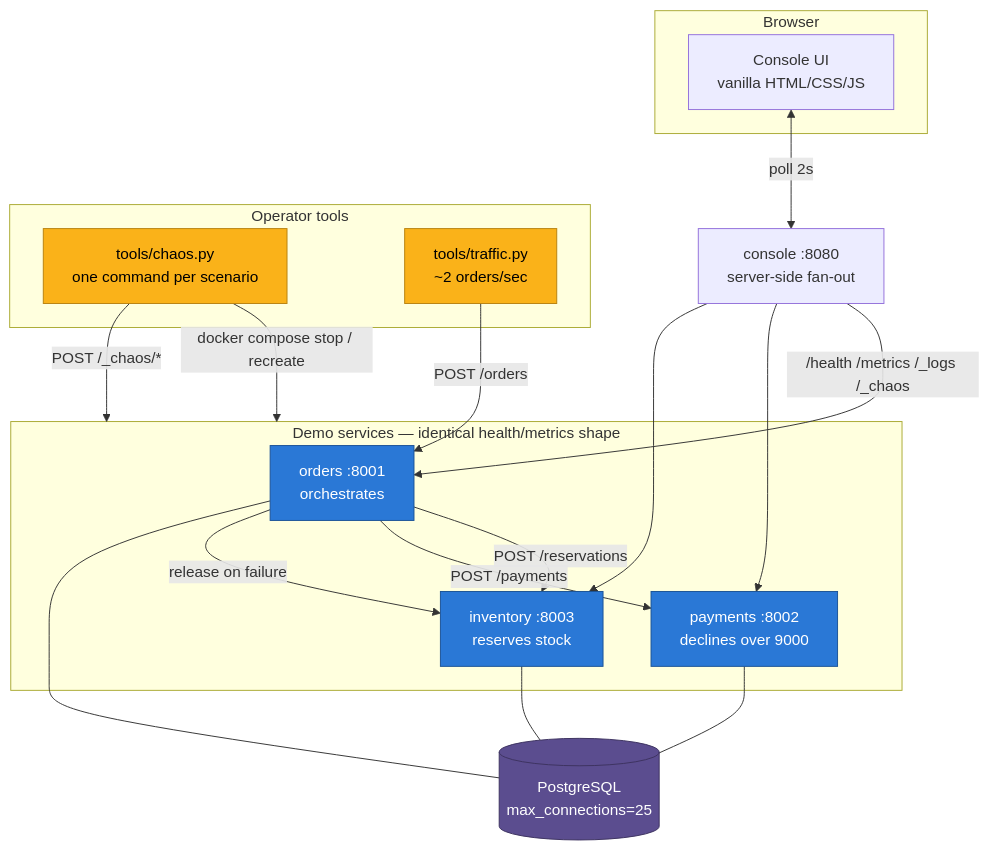
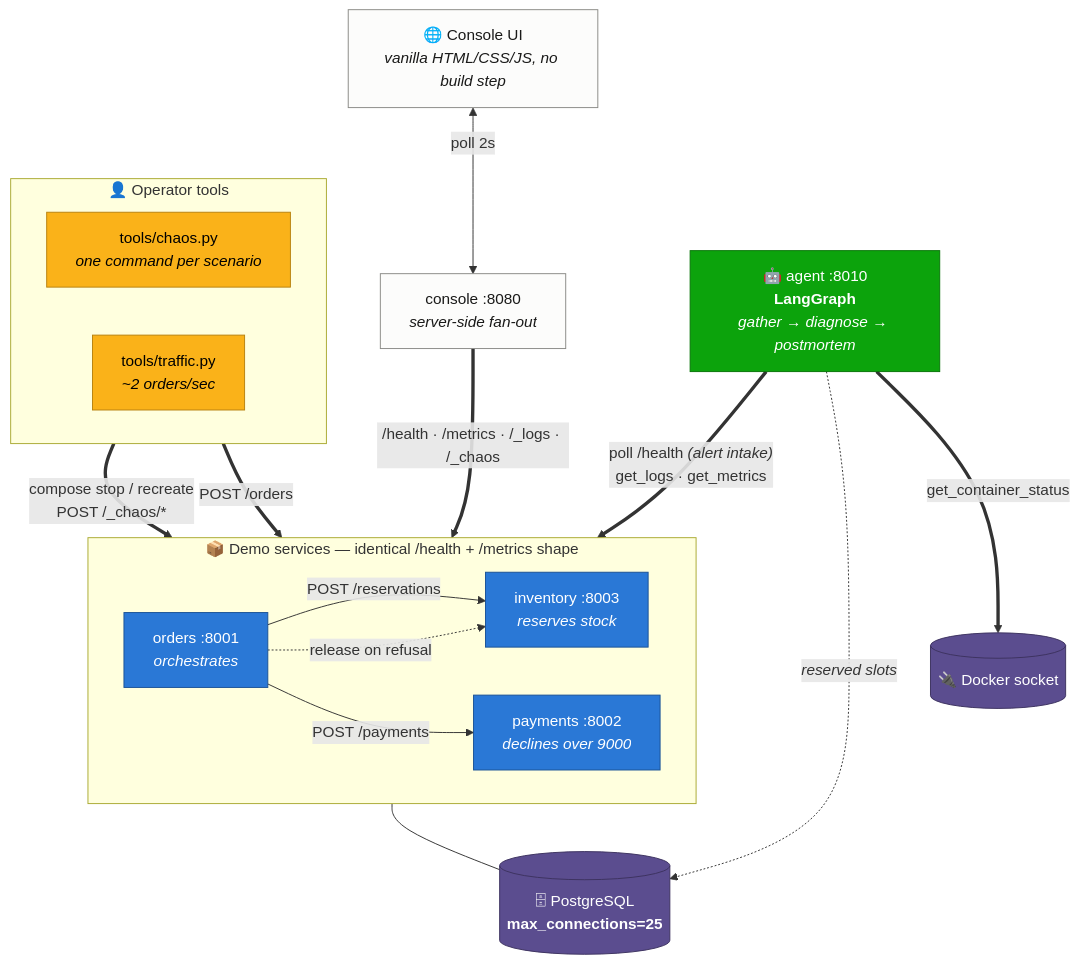
Before and after one commit to Katastrophe123/Trident---An-AIOps-Project: the first of 2 diagrams in README.md, drawn with Mermaid. The commit also changed other lines of this file and 25 other files, not shown here.

````diff
--- a/README.md
+++ b/README.md
@@ -36,45 +111,47 @@
 ```mermaid
 graph TB
-    subgraph operator["Operator tools"]
-        CHAOS["tools/chaos.py<br/>one command per scenario"]
-        TRAFFIC["tools/traffic.py<br/>~2 orders/sec"]
+    UI["🌐 Console UI<br/><i>vanilla HTML/CSS/JS, no build step</i>"]
+    CONSOLE["console :8080<br/><i>server-side fan-out</i>"]
+    AGENT["🤖 agent :8010<br/><b>LangGraph</b><br/><i>gather → diagnose → postmortem</i>"]
+
+    subgraph svcs["📦 Demo services — identical /health + /metrics shape"]
+        direction LR
+        ORDERS["orders :8001<br/><i>orchestrates</i>"]
+        PAY["payments :8002<br/><i>declines over 9000</i>"]
+        INV["inventory :8003<br/><i>reserves stock</i>"]
+        ORDERS -->|"POST /reservations"| INV
+        ORDERS -->|"POST /payments"| PAY
+        ORDERS -.->|"release on refusal"| INV
     end
 
-    subgraph browser["Browser"]
-        UI["Console UI<br/>vanilla HTML/CSS/JS"]
+    subgraph operator["👤 Operator tools"]
+        direction LR
+        CHAOS["tools/chaos.py<br/><i>one command per scenario</i>"]
+        TRAFFIC["tools/traffic.py<br/><i>~2 orders/sec</i>"]
     end
 
-    CONSOLE["console :8080<br/>server-side fan-out"]
-
-    subgraph svcs["Demo services — identical health/metrics shape"]
-        ORDERS["orders :8001<br/>orchestrates"]
-        PAY["payments :8002<br/>declines over 9000"]
-        INV["inventory :8003<br/>reserves stock"]
-    end
-
-    DB[("PostgreSQL<br/>max_connections=25")]
-
-    TRAFFIC -->|"POST /orders"| ORDERS
-    ORDERS -->|"POST /reservations"| INV
-    ORDERS -->|"POST /payments"| PAY
-    ORDERS -->|"release on failure"| INV
-
-    ORDERS --- DB
-    PAY --- DB
-    INV --- DB
+    DB[("🗄 PostgreSQL<br/><b>max_connections=25</b>")]
+    SOCK[("🔌 Docker socket")]
 
     UI <-->|"poll 2s"| CONSOLE
-    CONSOLE -->|"/health /metrics /_logs /_chaos"| ORDERS
-    CONSOLE --> PAY
-    CONSOLE --> INV
+    CONSOLE ==>|"/health · /metrics · /_logs · /_chaos"| svcs
+    TRAFFIC ==>|"POST /orders"| ORDERS
+    CHAOS ==>|"compose stop / recreate<br/>POST /_chaos/*"| svcs
 
-    CHAOS -->|"docker compose stop / recreate"| svcs
-    CHAOS -->|"POST /_chaos/*"| svcs
+    AGENT ==>|"poll /health <i>(alert intake)</i><br/>get_logs · get_metrics"| svcs
+    AGENT ==>|"get_container_status"| SOCK
+
+    svcs --- DB
+    AGENT -.->|"<i>reserved slots</i>"| DB
 
     classDef svc fill:#2a78d6,stroke:#1a5296,color:#fff
     classDef tool fill:#fab219,stroke:#b8820f,color:#000
     classDef store fill:#5b4d8f,stroke:#3d3360,color:#fff
+    classDef agent fill:#0ca30c,stroke:#077507,color:#fff
+    classDef ui fill:#fcfcfb,stroke:#8a8a86,color:#1a1a19
     class ORDERS,PAY,INV svc
     class CHAOS,TRAFFIC tool
-    class DB store
+    class DB,SOCK store
+    class AGENT agent
+    class UI,CONSOLE ui
 ```
````
